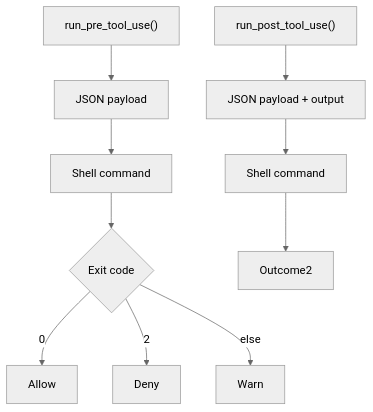
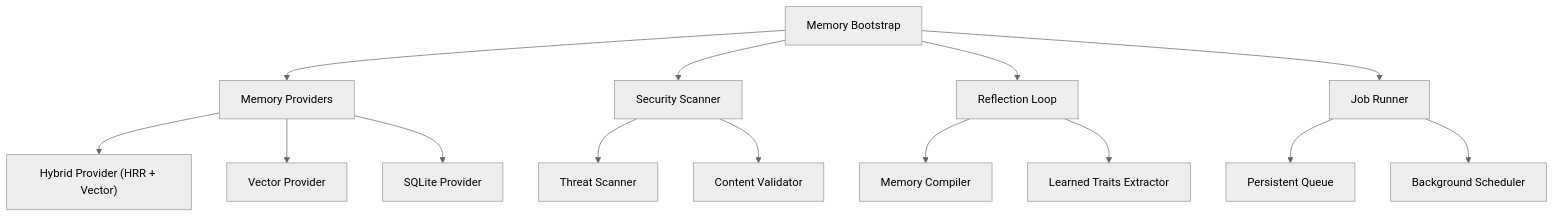
Before and after one commit to novolei/if2Ai: the eighth of 10 diagrams in .qoder/repowiki/en/content/Backend System (Rust)/Module Architecture & Design/Runtime Services/Runtime Services.md, drawn with Mermaid (neutral theme). The commit also changed other lines of this file and 124 other files, not shown here.

````diff
--- a/.qoder/repowiki/en/content/Backend System (Rust)/Module Architecture & Design/Runtime Services/Runtime Services.md
+++ b/.qoder/repowiki/en/content/Backend System (Rust)/Module Architecture & Design/Runtime Services/Runtime Services.md
@@ -509,12 +342,16 @@
 ```mermaid
 flowchart TD
-Pre["run_pre_tool_use()"] --> Payload["JSON payload"]
-Payload --> Shell["Shell command"]
-Shell --> Outcome{"Exit code"}
-Outcome --> |0| Allow["Allow"]
-Outcome --> |2| Deny["Deny"]
-Outcome --> |else| Warn["Warn"]
-Post["run_post_tool_use()"] --> Payload2["JSON payload + output"]
-Payload2 --> Shell2["Shell command"]
-Shell2 --> Outcome2
+MemoryBootstrap["Memory Bootstrap"] --> Providers["Memory Providers"]
+Providers --> Hybrid["Hybrid Provider (HRR + Vector)"]
+Providers --> Vector["Vector Provider"]
+Providers --> SQLite["SQLite Provider"]
+MemoryBootstrap --> Security["Security Scanner"]
+Security --> Threat["Threat Scanner"]
+Security --> Validator["Content Validator"]
+MemoryBootstrap --> Reflection["Reflection Loop"]
+Reflection --> Compiler["Memory Compiler"]
+Reflection --> Traits["Learned Traits Extractor"]
+MemoryBootstrap --> Jobs["Job Runner"]
+Jobs --> Queue["Persistent Queue"]
+Jobs --> Scheduler["Background Scheduler"]
 ```
````
